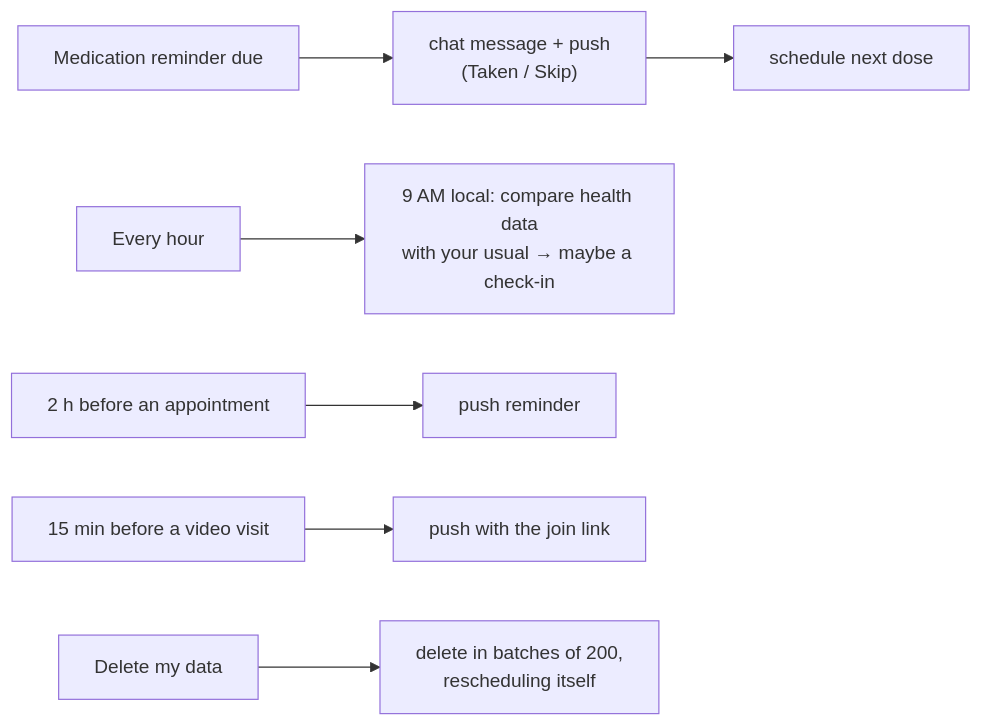
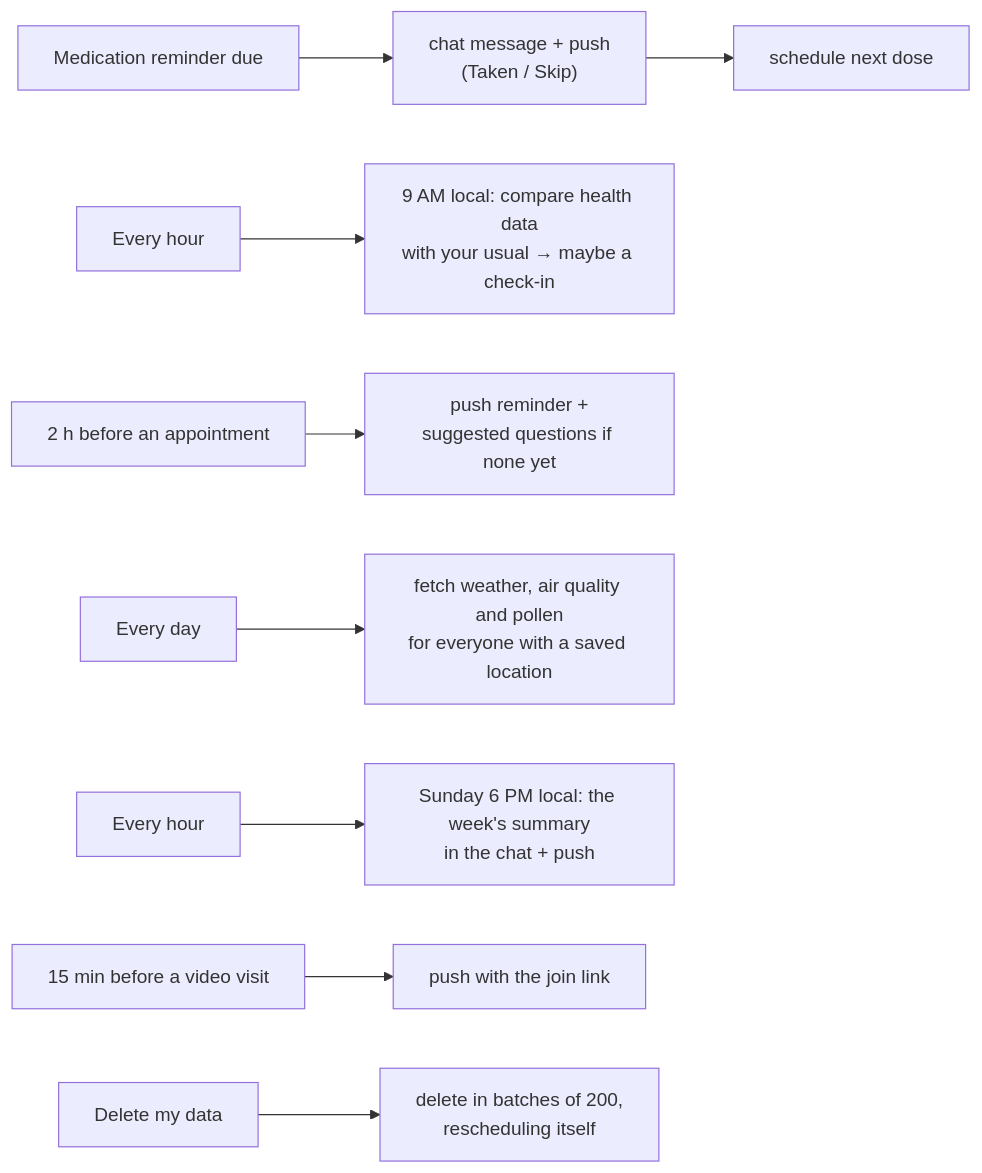
The fourth of 4 diagrams in README.md (johnandrian/wellnest), drawn with Mermaid before and after one commit. The commit also changed other lines of this file, not shown here.

Commit message:
doc: describe patterns, weather triggers, charts in chat, appointment questions and the weekly summary in the README

````diff
--- a/README.md
+++ b/README.md
@@ -98,8 +100,10 @@
 ```mermaid
 flowchart LR
   R["Medication reminder due"] --> RM["chat message + push<br/>(Taken / Skip)"] --> RN["schedule next dose"]
   H["Every hour"] --> CI["9 AM local: compare health data<br/>with your usual → maybe a check-in"]
-  V["2 h before an appointment"] --> VP["push reminder"]
+  V["2 h before an appointment"] --> VP["push reminder +<br/>suggested questions if none yet"]
+  W["Every day"] --> WD["fetch weather, air quality and pollen<br/>for everyone with a saved location"]
+  S["Every hour"] --> SW["Sunday 6 PM local: the week's summary<br/>in the chat + push"]
   T["15 min before a video visit"] --> TP["push with the join link"]
   D["Delete my data"] --> DB["delete in batches of 200,<br/>rescheduling itself"]
 ```
````
